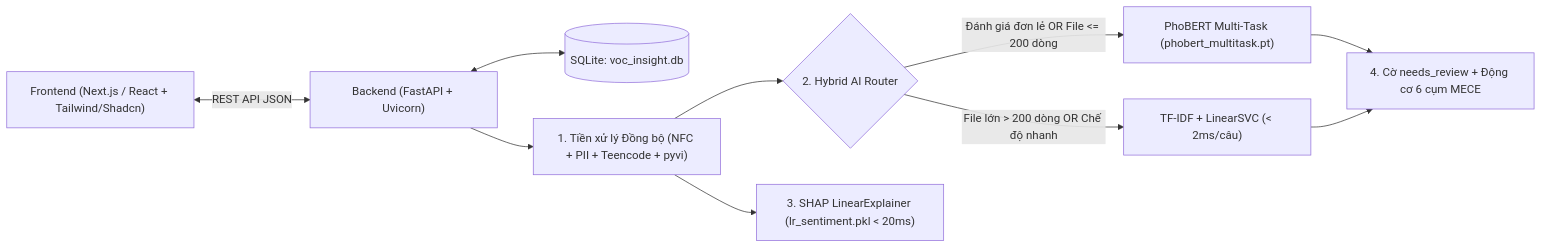
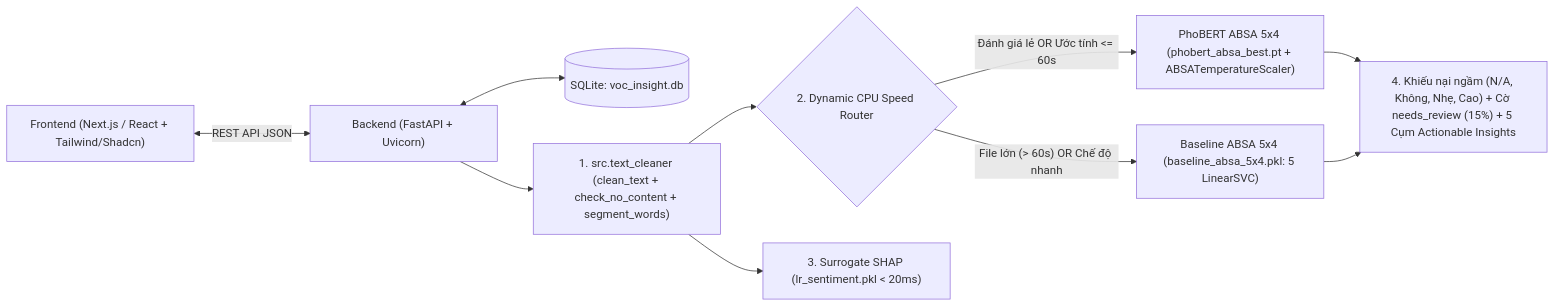
Before and after one commit to MaGiaVy/Machine-Learning: the diagram in TAI_LIEU_BAN_GIAO_APP.md, drawn with Mermaid. The commit also changed other lines of this file, not shown here.

Commit message:
docs(v4.1): update TAI_LIEU_BAN_GIAO_APP.md to full v4.1 True ABSA 5x4 spec

````diff
--- a/TAI_LIEU_BAN_GIAO_APP.md
+++ b/TAI_LIEU_BAN_GIAO_APP.md
@@ -18,11 +20,11 @@
 ```mermaid
 flowchart LR
     FE["Frontend (Next.js / React + Tailwind/Shadcn)"] <-->|REST API JSON| API["Backend (FastAPI + Uvicorn)"]
     API <--> DB[("SQLite: voc_insight.db")]
-    API --> PRE["1. Tiền xử lý Đồng bộ (NFC + PII + Teencode + pyvi)"]
-    PRE --> HYB{"2. Hybrid AI Router"}
-    HYB -->|"Đánh giá đơn lẻ OR File <= 200 dòng"| PHO["PhoBERT Multi-Task (phobert_multitask.pt)"]
-    HYB -->|"File lớn > 200 dòng OR Chế độ nhanh"| SVC["TF-IDF + LinearSVC (< 2ms/câu)"]
-    PRE --> SHAP["3. SHAP LinearExplainer (lr_sentiment.pkl < 20ms)"]
-    PHO & SVC --> MECE["4. Cờ needs_review + Động cơ 6 cụm MECE"]
+    API --> PRE["1. src.text_cleaner (clean_text + check_no_content + segment_words)"]
+    PRE --> HYB{"2. Dynamic CPU Speed Router"}
+    HYB -->|"Đánh giá lẻ OR Ước tính <= 60s"| PHO["PhoBERT ABSA 5x4 (phobert_absa_best.pt + ABSATemperatureScaler)"]
+    HYB -->|"File lớn (> 60s) OR Chế độ nhanh"| SVC["Baseline ABSA 5x4 (baseline_absa_5x4.pkl: 5 LinearSVC)"]
+    PRE --> SHAP["3. Surrogate SHAP (lr_sentiment.pkl < 20ms)"]
+    PHO & SVC --> POST["4. Khiếu nại ngầm (N/A, Không, Nhẹ, Cao) + Cờ needs_review (15%) + 5 Cụm Actionable Insights"]
 ```
````
